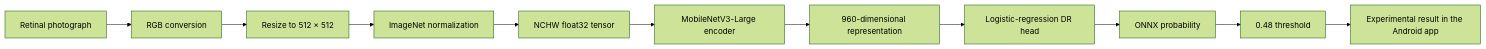
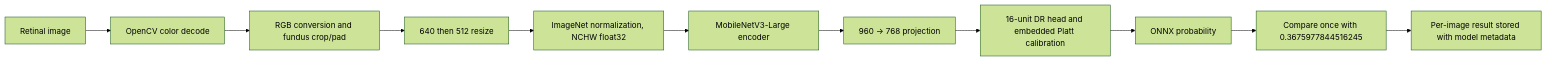
One commit to Mayank-gitspace/OFFIRST changed the second of 2 diagrams in README.md. Above: the diagram before and after it, drawn with Mermaid (forest theme). The commit also changed other lines of this file and 15 other files, not shown here.

````diff
--- a/README.md
+++ b/README.md
@@ -85,13 +85,13 @@
 ```mermaid
 flowchart LR
-  A[Retinal photograph] --> B[RGB conversion]
-  B --> C[Resize to 512 × 512]
-  C --> D[ImageNet normalization]
-  D --> E[NCHW float32 tensor]
-  E --> F[MobileNetV3-Large encoder]
-  F --> G[960-dimensional representation]
-  G --> H[Logistic-regression DR head]
-  H --> I[ONNX probability]
-  I --> J[0.48 threshold]
-  J --> K[Experimental result in the Android app]
+    A[Retinal image] --> B[OpenCV color decode]
+    B --> C[RGB conversion and fundus crop/pad]
+    C --> D[640 then 512 resize]
+    D --> E[ImageNet normalization, NCHW float32]
+    E --> F[MobileNetV3-Large encoder]
+    F --> G[960 → 768 projection]
+    G --> H[16-unit DR head and embedded Platt calibration]
+    H --> I[ONNX probability]
+    I --> J[Compare once with 0.3675977844516245]
+    J --> K[Per-image result stored with model metadata]
 ```
````
